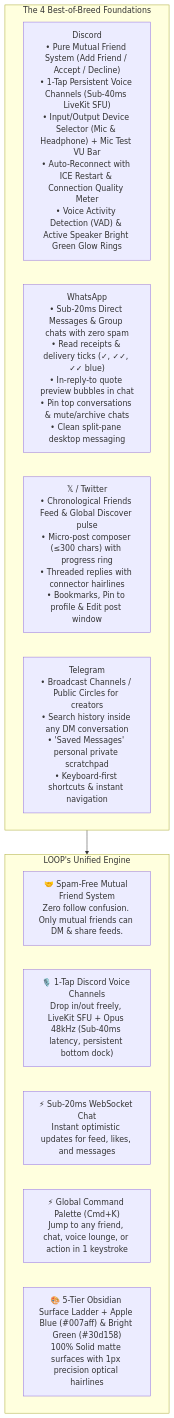
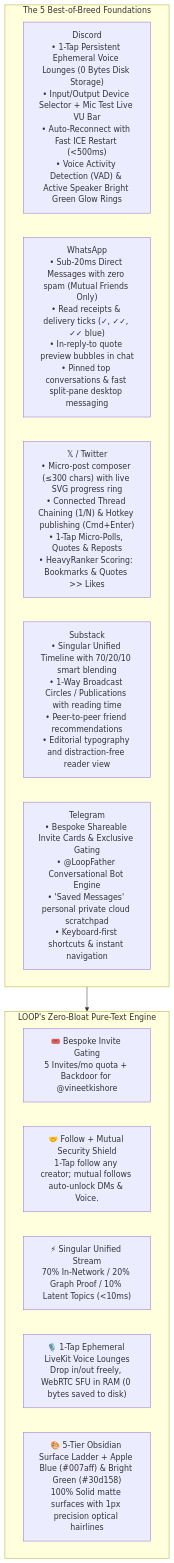
The first of 5 diagrams in plan.md (vineetkishore01/Loop), drawn with Mermaid before and after one commit. The commit also changed other lines of this file and 2 other files, not shown here.

Commit message:
docs: update master architecture plan, api contracts, and interactive mockup

````diff
--- a/plan.md
+++ b/plan.md
@@ -9,19 +9,20 @@
 ```mermaid
 flowchart TD
-    subgraph Giants ["The 4 Best-of-Breed Foundations"]
-        Discord["Discord\n• Pure Mutual Friend System (Add Friend / Accept / Decline)\n• 1-Tap Persistent Voice Channels (Sub-40ms LiveKit SFU)\n• Input/Output Device Selector (Mic & Headphone) + Mic Test VU Bar\n• Auto-Reconnect with ICE Restart & Connection Quality Meter\n• Voice Activity Detection (VAD) & Active Speaker Bright Green Glow Rings"]
-        WhatsApp["WhatsApp\n• Sub-20ms Direct Messages & Group chats with zero spam\n• Read receipts & delivery ticks (✓, ✓✓, ✓✓ blue)\n• In-reply-to quote preview bubbles in chat\n• Pin top conversations & mute/archive chats\n• Clean split-pane desktop messaging"]
-        X["𝕏 / Twitter\n• Chronological Friends Feed & Global Discover pulse\n• Micro-post composer (≤300 chars) with progress ring\n• Threaded replies with connector hairlines\n• Bookmarks, Pin to profile & Edit post window"]
-        Telegram["Telegram\n• Broadcast Channels / Public Circles for creators\n• Search history inside any DM conversation\n• 'Saved Messages' personal private scratchpad\n• Keyboard-first shortcuts & instant navigation"]
+    subgraph Giants ["The 5 Best-of-Breed Foundations"]
+        Discord["Discord\n• 1-Tap Persistent Ephemeral Voice Lounges (0 Bytes Disk Storage)\n• Input/Output Device Selector + Mic Test Live VU Bar\n• Auto-Reconnect with Fast ICE Restart (<500ms)\n• Voice Activity Detection (VAD) & Active Speaker Bright Green Glow Rings"]
+        WhatsApp["WhatsApp\n• Sub-20ms Direct Messages with zero spam (Mutual Friends Only)\n• Read receipts & delivery ticks (✓, ✓✓, ✓✓ blue)\n• In-reply-to quote preview bubbles in chat\n• Pinned top conversations & fast split-pane desktop messaging"]
+        X["𝕏 / Twitter\n• Micro-post composer (≤300 chars) with live SVG progress ring\n• Connected Thread Chaining (1/N) & Hotkey publishing (Cmd+Enter)\n• 1-Tap Micro-Polls, Quotes & Reposts\n• HeavyRanker Scoring: Bookmarks & Quotes >> Likes"]
+        Substack["Substack\n• Singular Unified Timeline with 70/20/10 smart blending\n• 1-Way Broadcast Circles / Publications with reading time\n• Peer-to-peer friend recommendations\n• Editorial typography and distraction-free reader view"]
+        Telegram["Telegram\n• Bespoke Shareable Invite Cards & Exclusive Gating\n• @LoopFather Conversational Bot Engine\n• 'Saved Messages' personal private cloud scratchpad\n• Keyboard-first shortcuts & instant navigation"]
     end
 
-    subgraph ProductCore ["LOOP's Unified Engine"]
-        Friends["🤝 Spam-Free Mutual Friend System\nZero follow confusion. Only mutual friends can DM & share feeds."]
-        Voice["🎙️ 1-Tap Discord Voice Channels\nDrop in/out freely, LiveKit SFU + Opus 48kHz (Sub-40ms latency, persistent bottom dock)"]
-        Speed["⚡ Sub-20ms WebSocket Chat\nInstant optimistic updates for feed, likes, and messages"]
-        Palette["⚡ Global Command Palette (Cmd+K)\nJump to any friend, chat, voice lounge, or action in 1 keystroke"]
+    subgraph ProductCore ["LOOP's Zero-Bloat Pure-Text Engine"]
+        Invites["🎟️ Bespoke Invite Gating\n5 Invites/mo quota + Backdoor for @vineetkishore"]
+        Friends["🤝 Follow + Mutual Security Shield\n1-Tap follow any creator; mutual follows auto-unlock DMs & Voice."]
+        Stream["⚡ Singular Unified Stream\n70% In-Network / 20% Graph Proof / 10% Latent Topics (<10ms)"]
+        Voice["🎙️ 1-Tap Ephemeral LiveKit Voice Lounges\nDrop in/out freely, WebRTC SFU in RAM (0 bytes saved to disk)"]
         Design["🎨 5-Tier Obsidian Surface Ladder + Apple Blue (#007aff) & Bright Green (#30d158)\n100% Solid matte surfaces with 1px precision optical hairlines"]
     end
 
     Giants --> ProductCore
 ```
````
